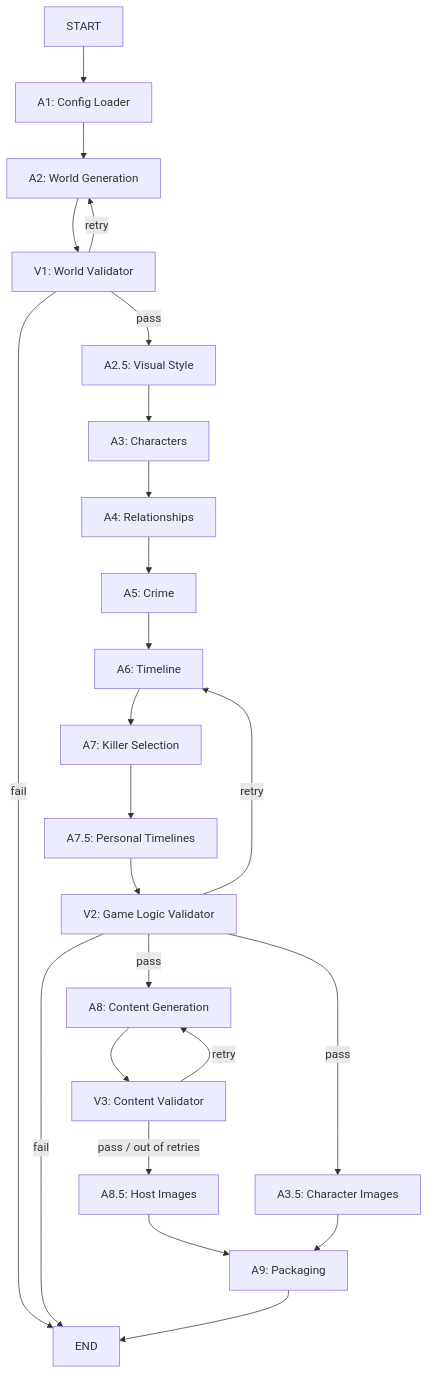
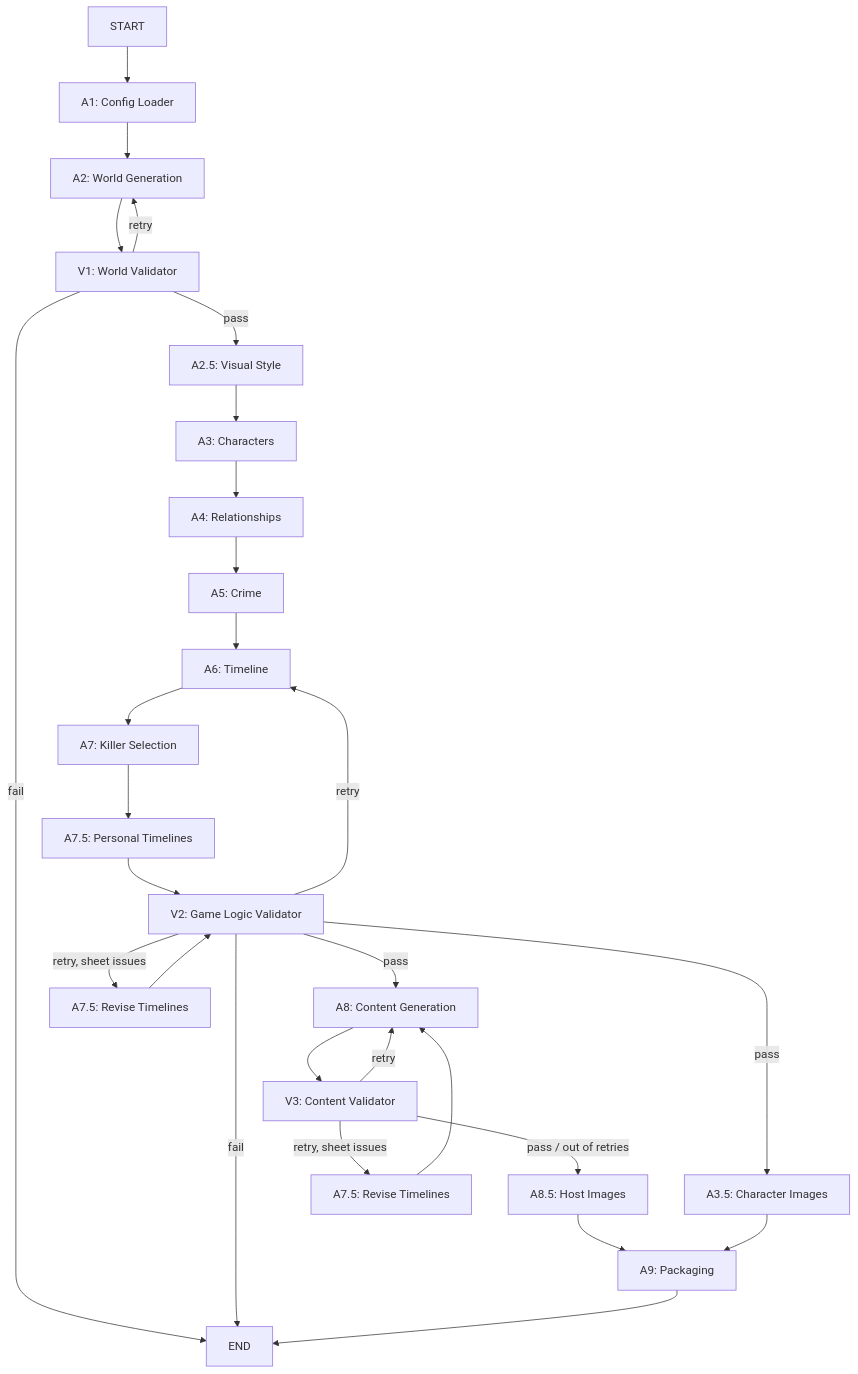
One commit to juanje/mystery-agents changed the diagram in docs/DEVELOPER_GUIDE.md. Above: the diagram before and after it, drawn with Mermaid. The commit also changed other lines of this file, not shown here.

Commit message:
docs: show where review issues are sent back in the workflow

````diff
--- a/docs/DEVELOPER_GUIDE.md
+++ b/docs/DEVELOPER_GUIDE.md
@@ -89,26 +94,30 @@
 ```mermaid
 graph TD
     START --> A1[A1: Config Loader]
     A1 --> A2[A2: World Generation]
     A2 --> V1[V1: World Validator]
     V1 -->|pass| A2_5[A2.5: Visual Style]
     V1 -->|retry| A2
     V1 -->|fail| END
     A2_5 --> A3[A3: Characters]
     A3 --> A4[A4: Relationships]
     A4 --> A5[A5: Crime]
     A5 --> A6[A6: Timeline]
     A6 --> A7[A7: Killer Selection]
     A7 --> A7_5[A7.5: Personal Timelines]
     A7_5 --> V2[V2: Game Logic Validator]
     V2 -->|pass| A8[A8: Content Generation]
     V2 -->|pass| A3_5[A3.5: Character Images]
     V2 -->|retry| A6
+    V2 -->|retry, sheet issues| R1[A7.5: Revise Timelines]
+    R1 --> V2
     V2 -->|fail| END
     A8 --> V3[V3: Content Validator]
     V3 -->|pass / out of retries| A8_5[A8.5: Host Images]
     V3 -->|retry| A8
+    V3 -->|retry, sheet issues| R2[A7.5: Revise Timelines]
+    R2 --> A8
     A8_5 --> A9[A9: Packaging]
     A3_5 --> A9
     A9 --> END
 ```
````
